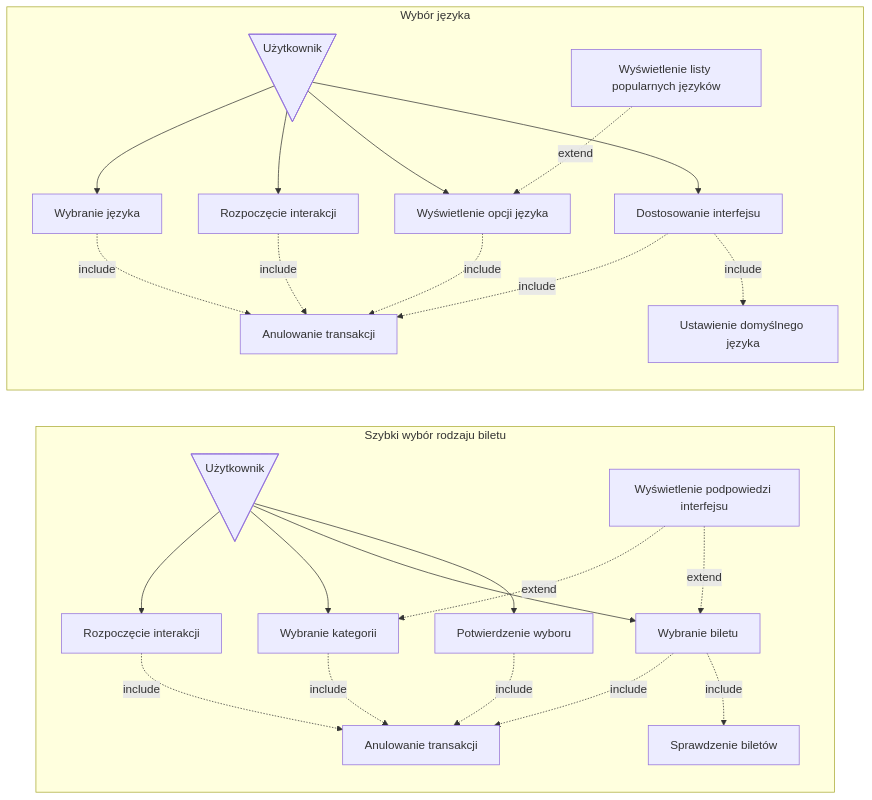
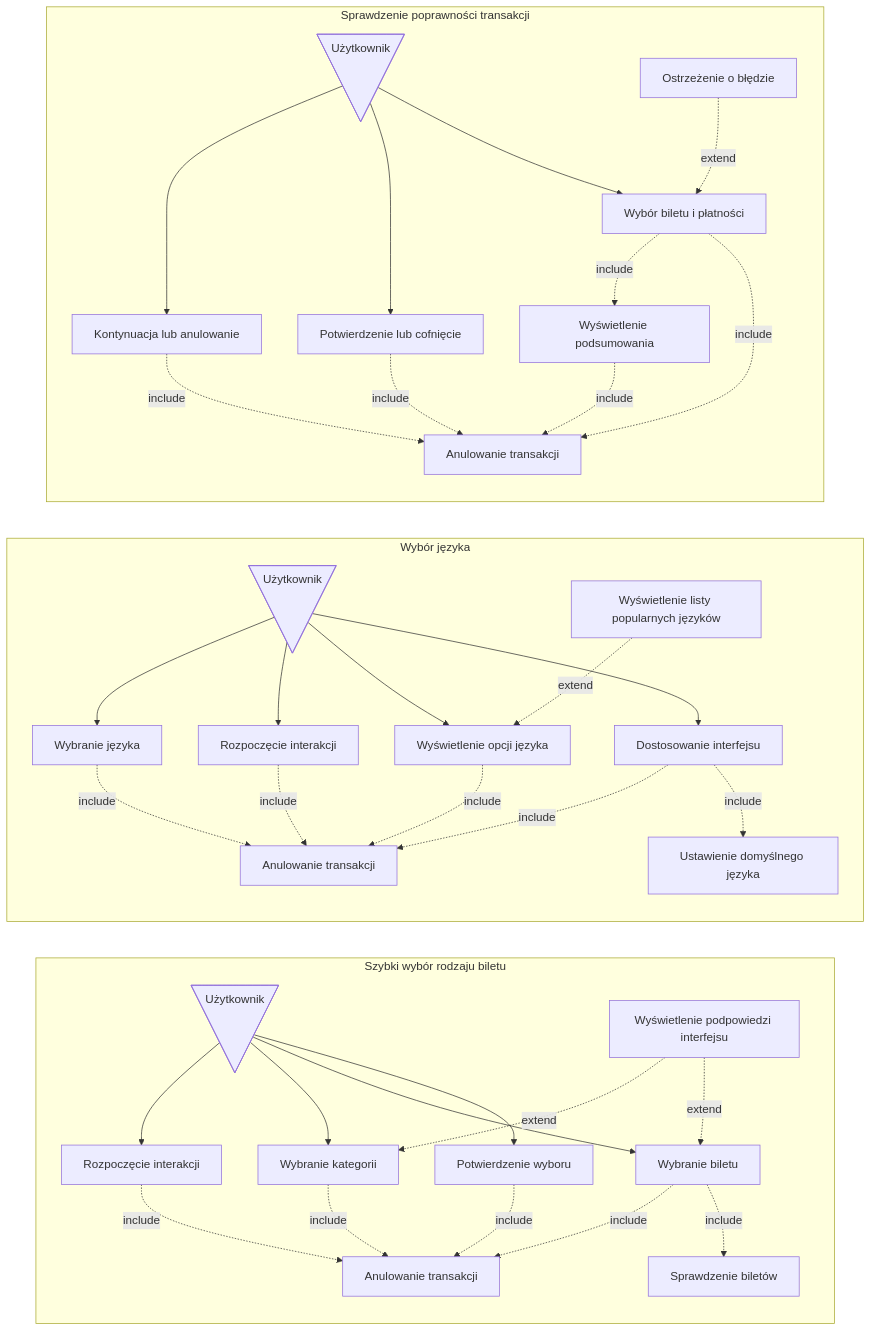
Before and after one commit to MarcinMarszewski/dowolna_nazwa: the first of 2 diagrams in userstories/user.md, drawn with Mermaid.

Commit message:
Update user.md "Sprawdzenie poprawności transakcji"

````diff
--- a/userstories/user.md
+++ b/userstories/user.md
@@ -14,51 +14,67 @@
 ```mermaid
 flowchart LR
 subgraph "Szybki wybór rodzaju biletu"
   A@{ shape: manual-file, label: "Użytkownik" }
   id1[Rozpoczęcie interakcji]
   id2[Sprawdzenie biletów]
   id3[Anulowanie transakcji]
   id4[Wyświetlenie podpowiedzi interfejsu]
   id11[Wybranie kategorii]
   id111[Wybranie biletu]
   id1111[Potwierdzenie wyboru]
 
   A --> id1
   A --> id11
   A --> id111
   A --> id1111
   id1-. include .-> id3
   id11-. include .-> id3
   id111-. include .-> id3
   id1111-. include .-> id3
   id111-. include .-> id2
   id4-. extend .-> id11
   id4-. extend .-> id111
   
 end
 subgraph "Wybór języka"
   B@{ shape: manual-file, label: "Użytkownik" }
   id5[Wybranie języka]
   id6[Ustawienie domyślnego języka]
   id7[Anulowanie transakcji]
   id8[Wyświetlenie listy popularnych języków]
   id22[Rozpoczęcie interakcji]
   id222[Wyświetlenie opcji języka]
   id2222[Dostosowanie interfejsu]
 
   B --> id5;
   B --> id22;
   B --> id222;
   B --> id2222;
   id5-. include .-> id7
   id22-. include .-> id7
   id222-. include .-> id7
   id2222-. include .-> id7
   id2222-. include .-> id6
   id8-. extend .-> id222
+end
+subgraph "Sprawdzenie poprawności transakcji"
+  C@{ shape: manual-file, label: "Użytkownik" }
+  uc1[Wybór biletu i płatności]
+  uc2[Wyświetlenie podsumowania]
+  uc3[Potwierdzenie lub cofnięcie]
+  uc4[Kontynuacja lub anulowanie]
+  uc5[Anulowanie transakcji]
+  uc7[Ostrzeżenie o błędzie]
+
+  C --> uc1
+  C --> uc3
+  C --> uc4
+  uc1-. include .-> uc5
+  uc2-. include .-> uc5
+  uc3-. include .-> uc5
+  uc4-. include .-> uc5
+  uc1-. include .-> uc2
+  uc7-. extend .-> uc1
   
-
-
-
-end
+  end
 ```
````
